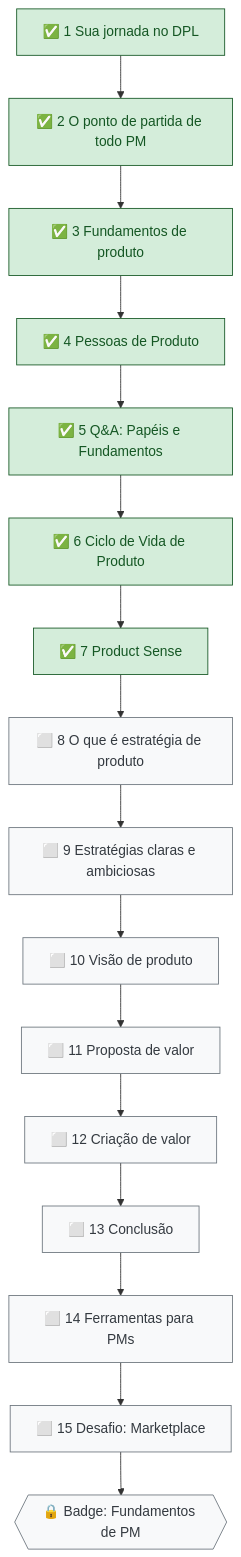
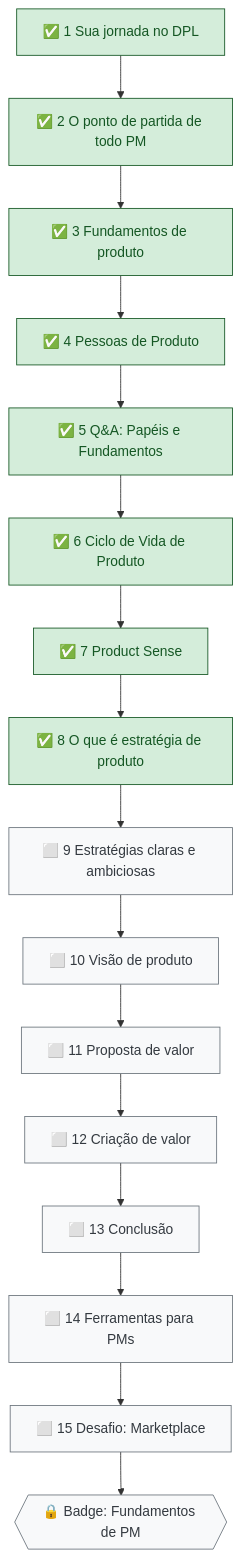
Before and after one commit to letsprown-code/po-learning-journal: the second of 2 diagrams in mapa-de-estudos.md, drawn with Mermaid. The commit also changed other lines of this file and 6 other files, not shown here.

First line of the commit message:
DPL 01: aula 8 (O que é estratégia de produto) com imagem visão/estratégia/tática

```diff
--- a/mapa-de-estudos.md
+++ b/mapa-de-estudos.md
@@ -42,13 +42,13 @@
 ~~~mermaid
 flowchart TD
     L1["✅ 1 Sua jornada no DPL"] --> L2["✅ 2 O ponto de partida de todo PM"] --> L3["✅ 3 Fundamentos de produto"]
     L3 --> L4["✅ 4 Pessoas de Produto"] --> L5["✅ 5 Q&A: Papéis e Fundamentos"] --> L6["✅ 6 Ciclo de Vida de Produto"]
-    L6 --> L7["✅ 7 Product Sense"] --> L8["⬜ 8 O que é estratégia de produto"] --> L9["⬜ 9 Estratégias claras e ambiciosas"]
+    L6 --> L7["✅ 7 Product Sense"] --> L8["✅ 8 O que é estratégia de produto"] --> L9["⬜ 9 Estratégias claras e ambiciosas"]
     L9 --> L10["⬜ 10 Visão de produto"] --> L11["⬜ 11 Proposta de valor"] --> L12["⬜ 12 Criação de valor"]
     L12 --> L13["⬜ 13 Conclusão"] --> L14["⬜ 14 Ferramentas para PMs"] --> L15["⬜ 15 Desafio: Marketplace"]
     L15 --> B{{"🔒 Badge: Fundamentos de PM"}}
     classDef done fill:#d4edda,stroke:#155724,color:#155724
     classDef todo fill:#f8f9fa,stroke:#6c757d,color:#343a40
-    class L1,L2,L3,L4,L5,L6,L7 done
-    class L8,L9,L10,L11,L12,L13,L14,L15,B todo
+    class L1,L2,L3,L4,L5,L6,L7,L8 done
+    class L9,L10,L11,L12,L13,L14,L15,B todo
 ~~~
```
